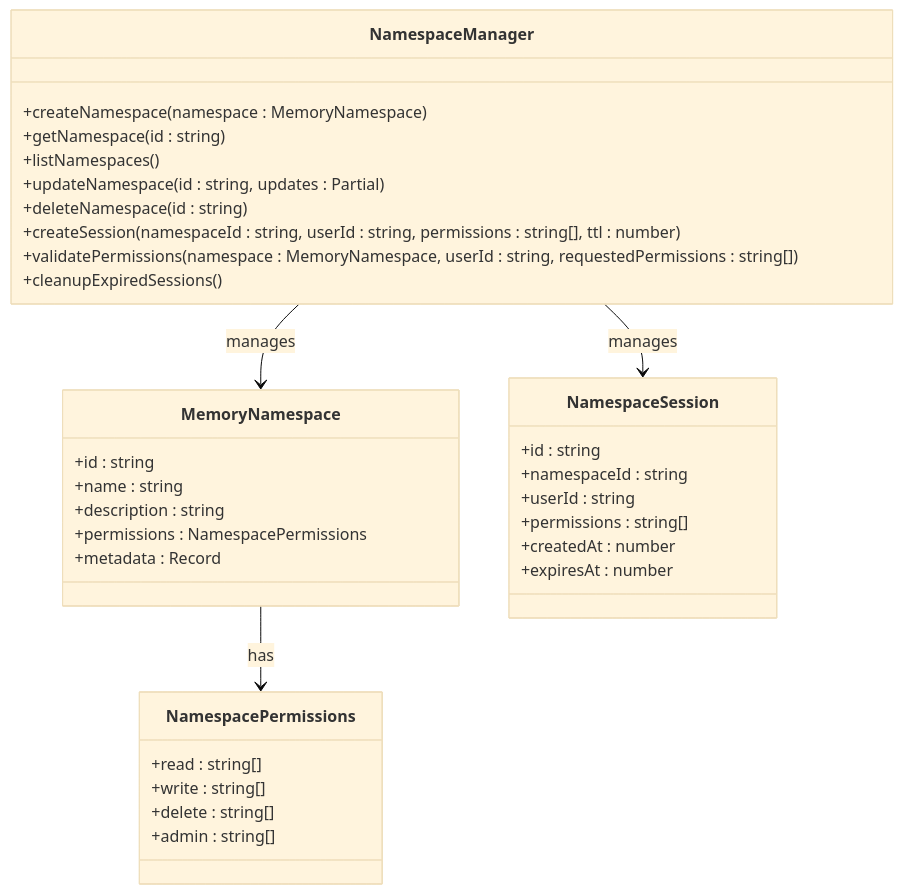
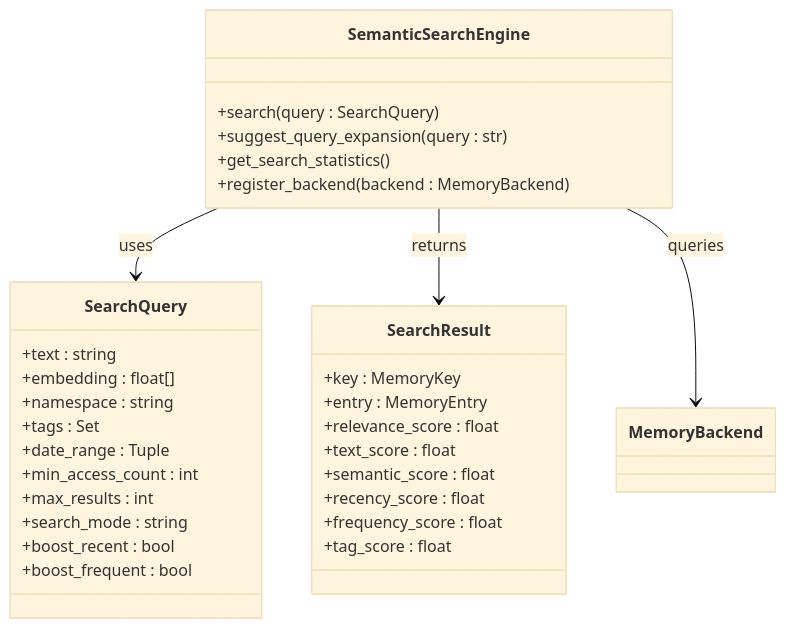
Before and after one commit to fenghaitao/claude-flow: the sixth of 7 diagrams in .qoder/repowiki/en/content/Memory System/Memory System.md, drawn with Mermaid (base theme). The commit also changed other lines of this file and 12 other files, not shown here.

````diff
--- a/.qoder/repowiki/en/content/Memory System/Memory System.md
+++ b/.qoder/repowiki/en/content/Memory System/Memory System.md
@@ -482,37 +374,34 @@
 ```mermaid
 classDiagram
-class NamespaceManager {
-+createNamespace(namespace : MemoryNamespace)
-+getNamespace(id : string)
-+listNamespaces()
-+updateNamespace(id : string, updates : Partial<MemoryNamespace>)
-+deleteNamespace(id : string)
-+createSession(namespaceId : string, userId : string, permissions : string[], ttl : number)
-+validatePermissions(namespace : MemoryNamespace, userId : string, requestedPermissions : string[])
-+cleanupExpiredSessions()
+class SemanticSearchEngine {
++search(query : SearchQuery)
++suggest_query_expansion(query : str)
++get_search_statistics()
++register_backend(backend : MemoryBackend)
 }
-class MemoryNamespace {
-+id : string
-+name : string
-+description : string
-+permissions : NamespacePermissions
-+metadata : Record<string, any>
+class SearchQuery {
++text : string
++embedding : float[]
++namespace : string
++tags : Set<string>
++date_range : Tuple<datetime, datetime>
++min_access_count : int
++max_results : int
++search_mode : string
++boost_recent : bool
++boost_frequent : bool
 }
-class NamespacePermissions {
-+read : string[]
-+write : string[]
-+delete : string[]
-+admin : string[]
+class SearchResult {
++key : MemoryKey
++entry : MemoryEntry
++relevance_score : float
++text_score : float
++semantic_score : float
++recency_score : float
++frequency_score : float
++tag_score : float
 }
-class NamespaceSession {
-+id : string
-+namespaceId : string
-+userId : string
-+permissions : string[]
-+createdAt : number
-+expiresAt : number
-}
-NamespaceManager --> MemoryNamespace : manages
-MemoryNamespace --> NamespacePermissions : has
-NamespaceManager --> NamespaceSession : manages
+SemanticSearchEngine --> SearchQuery : uses
+SemanticSearchEngine --> SearchResult : returns
+SemanticSearchEngine --> MemoryBackend : queries
 ```
````
